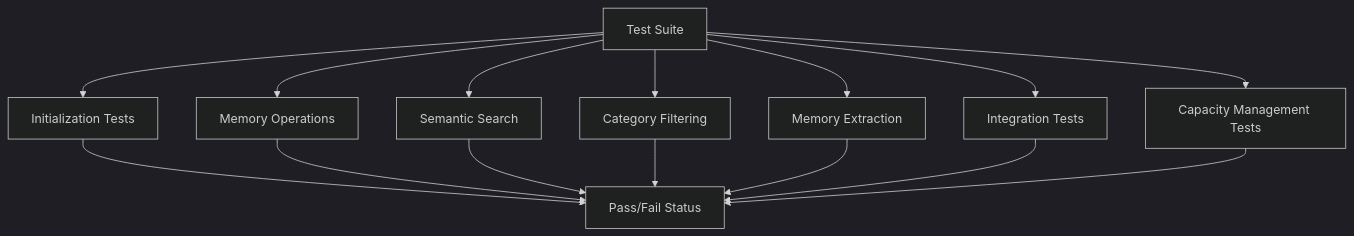
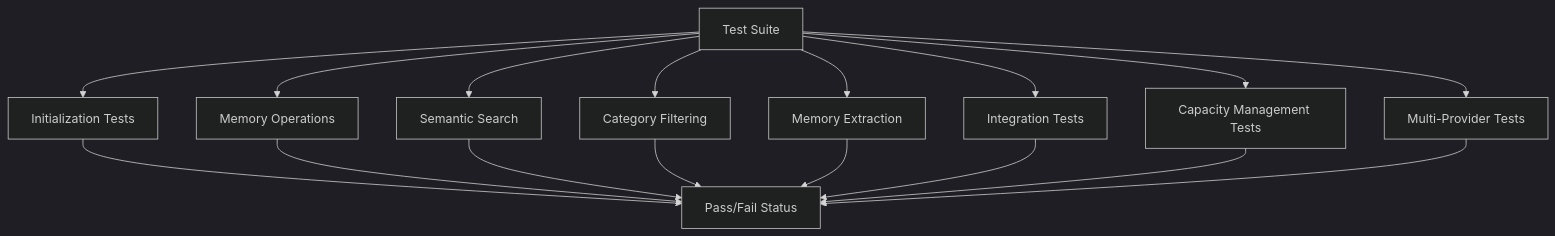
One commit to liwonder/NARRITIVE_OS changed the tenth of 10 diagrams in .qoder/repowiki/en/content/Memory Management System/Vector Memory System.md. Above: the diagram before and after it, drawn with Mermaid (dark theme). The commit also changed other lines of this file and 12 other files, not shown here.

````diff
--- a/.qoder/repowiki/en/content/Memory Management System/Vector Memory System.md
+++ b/.qoder/repowiki/en/content/Memory Management System/Vector Memory System.md
@@ -453,17 +496,19 @@
 ```mermaid
 flowchart TD
 TestSuite[Test Suite] --> InitTest[Initialization Tests]
 TestSuite --> MemoryTest[Memory Operations]
 TestSuite --> SearchTest[Semantic Search]
 TestSuite --> CategoryTest[Category Filtering]
 TestSuite --> ExtractionTest[Memory Extraction]
 TestSuite --> IntegrationTest[Integration Tests]
 TestSuite --> CapacityTest[Capacity Management Tests]
+TestSuite --> ProviderTest[Multi-Provider Tests]
 InitTest --> Pass[Pass/Fail Status]
 MemoryTest --> Pass
 SearchTest --> Pass
 CategoryTest --> Pass
 ExtractionTest --> Pass
 IntegrationTest --> Pass
 CapacityTest --> Pass
+ProviderTest --> Pass
 ```
````
